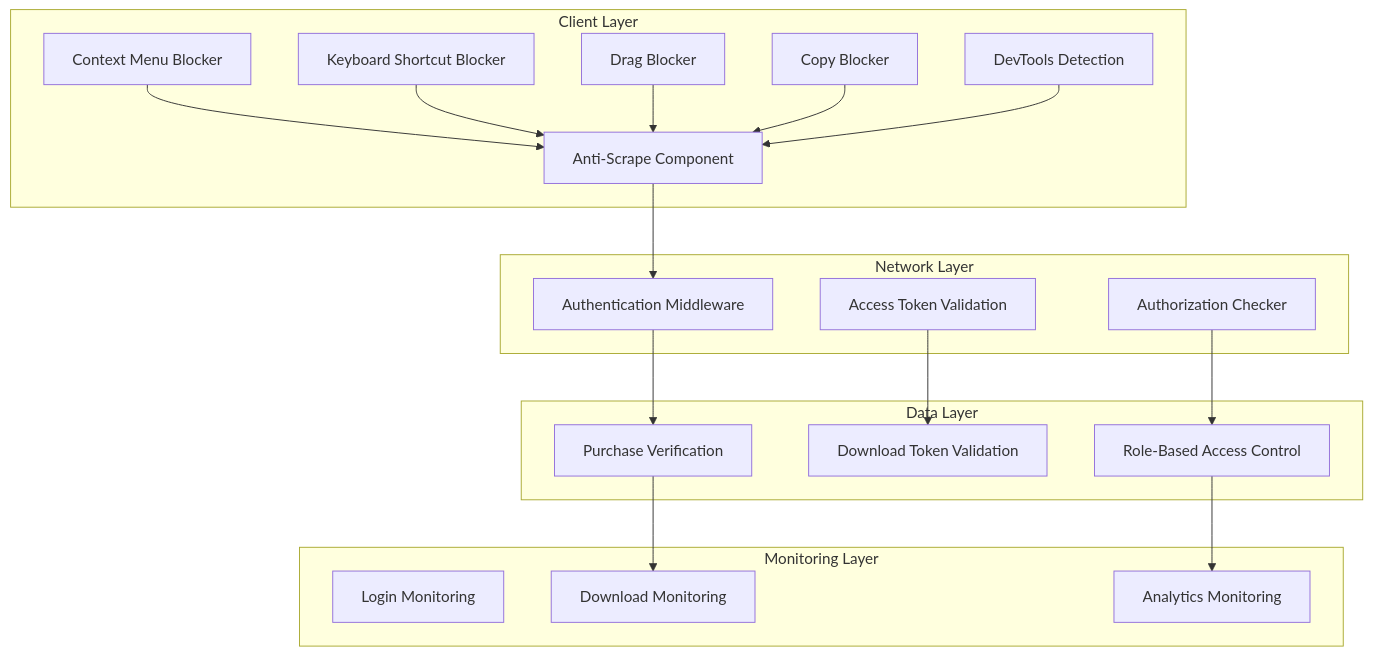
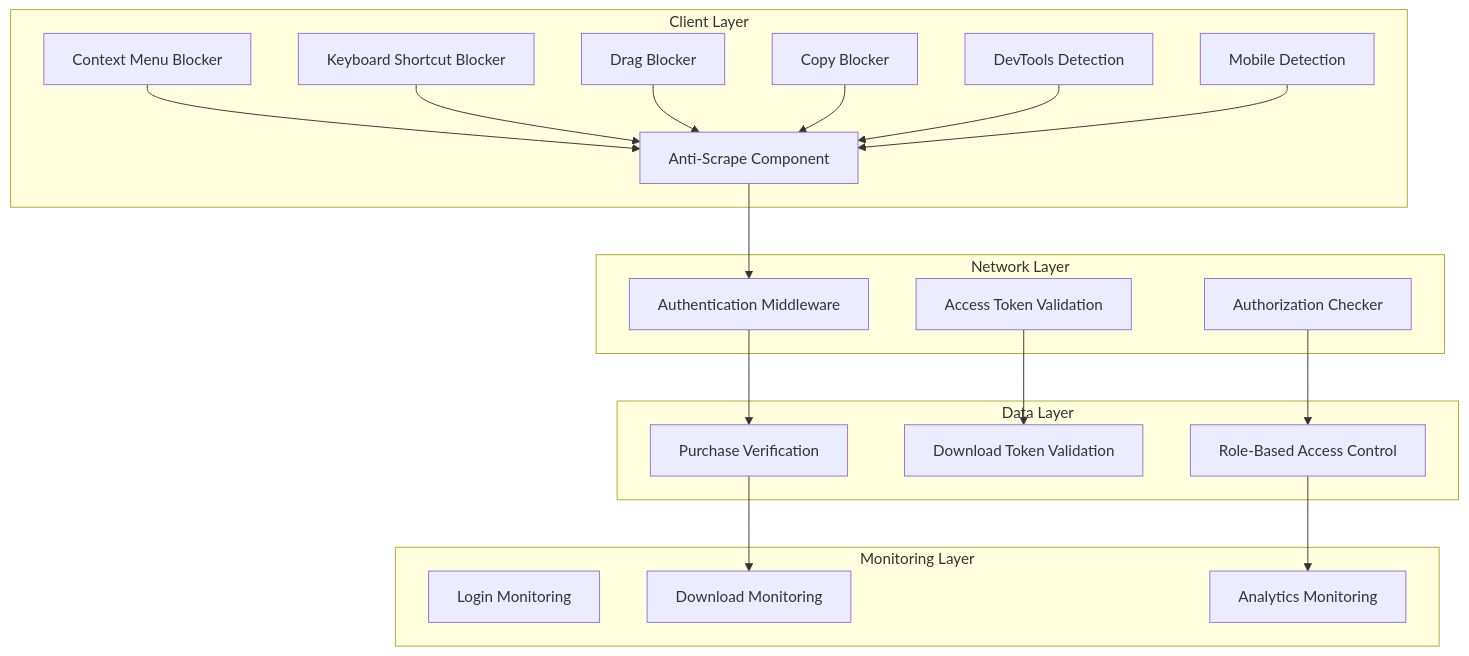
One commit to alikizang/datafrica changed the first of 9 diagrams in .qoder/repowiki/en/content/UI Components/Anti-Scraping Security Protection.md. Above: the diagram before and after it, drawn with Mermaid. The commit also changed other lines of this file and 21 other files, not shown here.

````diff
--- a/.qoder/repowiki/en/content/UI Components/Anti-Scraping Security Protection.md
+++ b/.qoder/repowiki/en/content/UI Components/Anti-Scraping Security Protection.md
@@ -42,37 +51,39 @@
 ```mermaid
 graph TB
 subgraph "Client Layer"
 AS[Anti-Scrape Component]
 CT[Context Menu Blocker]
 KS[Keyboard Shortcut Blocker]
 DR[Drag Blocker]
 CP[Copy Blocker]
 DT[DevTools Detection]
+MD[Mobile Detection]
 end
 subgraph "Network Layer"
 AU[Authentication Middleware]
 AC[Authorization Checker]
 AT[Access Token Validation]
 end
 subgraph "Data Layer"
 PV[Purchase Verification]
 DT2[Download Token Validation]
 RL[Role-Based Access Control]
 end
 subgraph "Monitoring Layer"
 LM[Login Monitoring]
 DM[Download Monitoring]
 AM[Analytics Monitoring]
 end
 AS --> AU
 CT --> AS
 KS --> AS
 DR --> AS
 CP --> AS
 DT --> AS
+MD --> AS
 AU --> PV
 AC --> RL
 AT --> DT2
 PV --> DM
 RL --> AM
 ```
````
